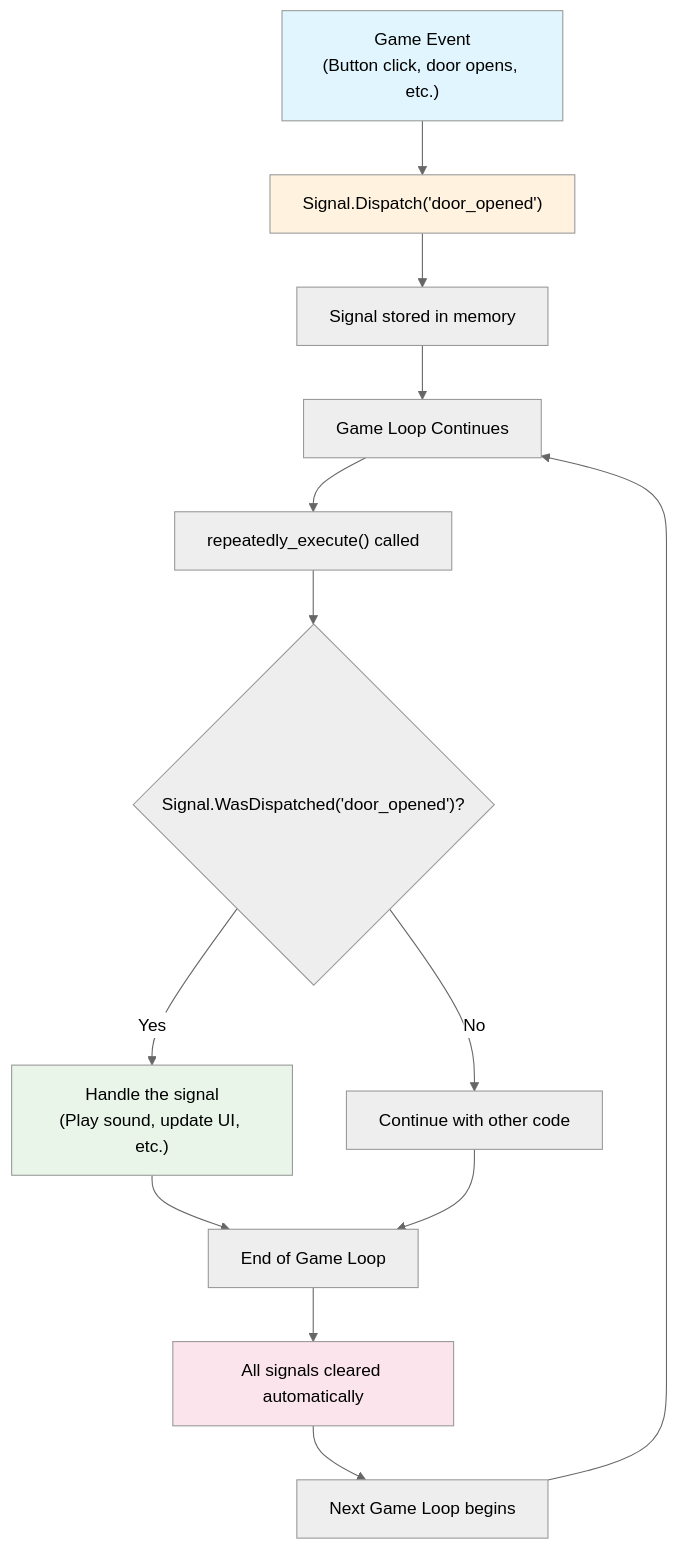
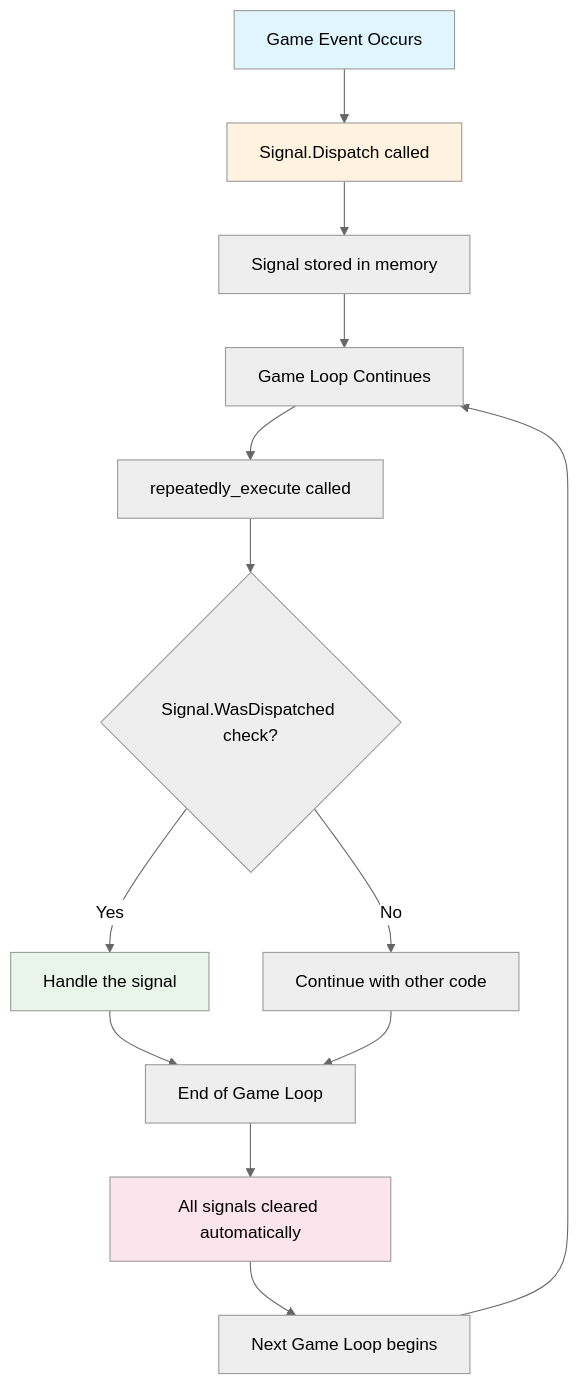
Before and after one commit to clickpulp/ags-modules: the diagram in docs/signal.md, drawn with Mermaid (neutral theme).

Commit message:
Remove html from mermaid diagram

````diff
--- a/docs/signal.md
+++ b/docs/signal.md
@@ -13,20 +13,20 @@
 ```mermaid
 flowchart TD
-    A["Game Event<br/>(Button click, door opens, etc.)"] --> B["Signal.Dispatch('door_opened')"]
+    A["Game Event Occurs"] --> B["Signal.Dispatch called"]
     B --> C["Signal stored in memory"]
     C --> D["Game Loop Continues"]
-    D --> E["repeatedly_execute() called"]
-    E --> F{"Signal.WasDispatched('door_opened')?"}
-    F -->|Yes| G["Handle the signal<br/>(Play sound, update UI, etc.)"]
+    D --> E["repeatedly_execute called"]
+    E --> F{"Signal.WasDispatched check?"}
+    F -->|Yes| G["Handle the signal"]
     F -->|No| H["Continue with other code"]
     G --> I["End of Game Loop"]
     H --> I
     I --> J["All signals cleared automatically"]
     J --> K["Next Game Loop begins"]
     K --> D
     
     style A fill:#e1f5fe
     style B fill:#fff3e0
     style G fill:#e8f5e8
     style J fill:#fce4ec
 ```
````
